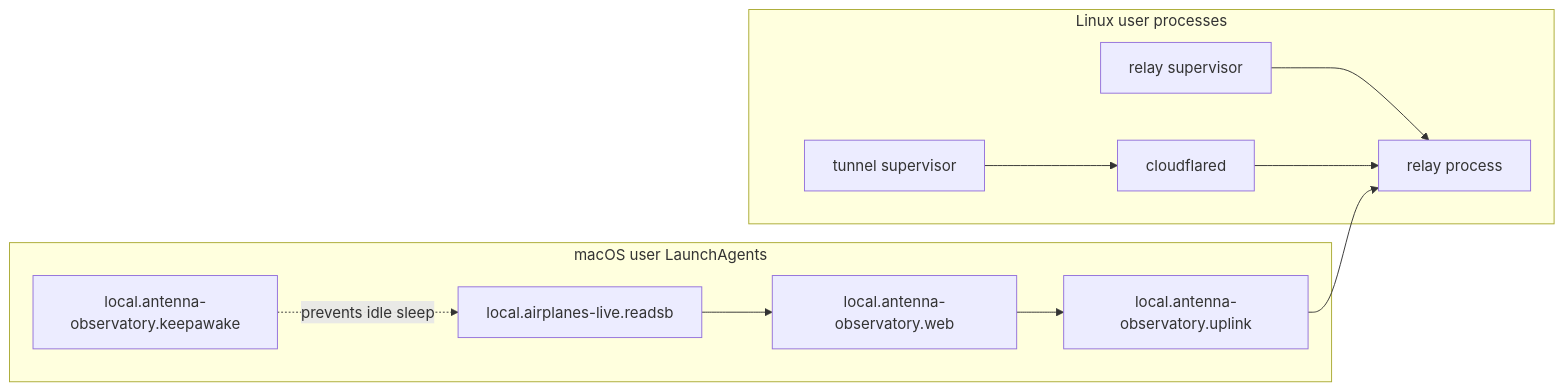
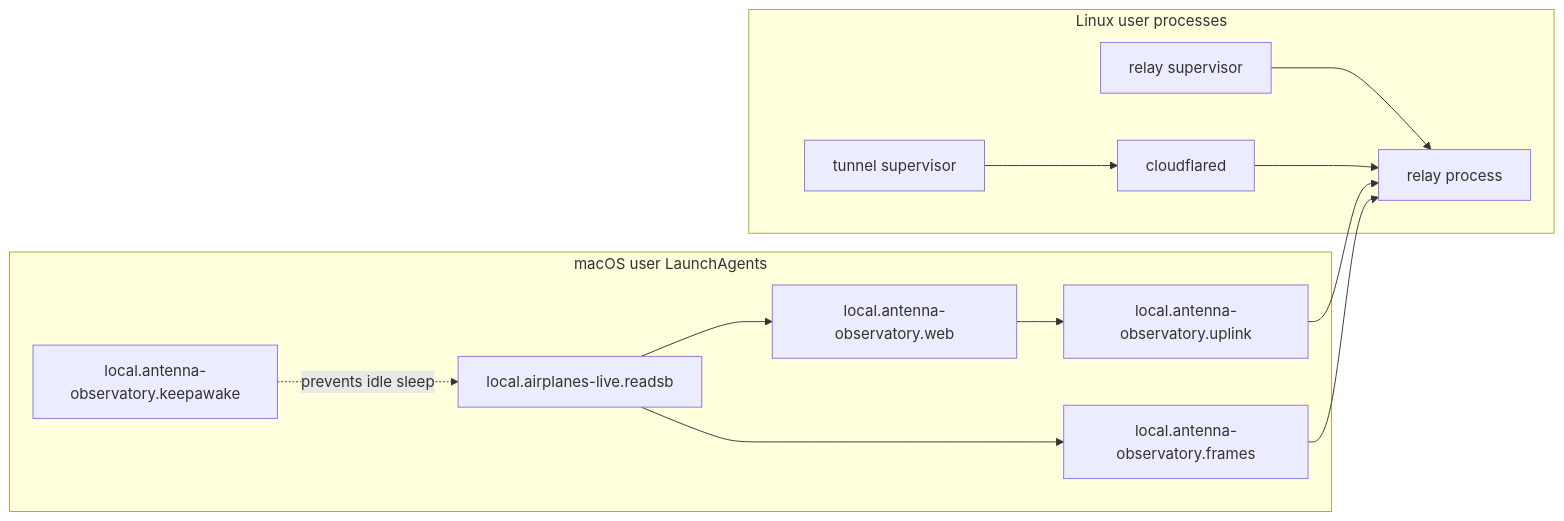
One commit to ramideltoro/antenna_observatory changed the third of 5 diagrams in wiki-site/docs/architecture.md. Above: the diagram before and after it, drawn with Mermaid. The commit also changed other lines of this file and 16 other files, not shown here.

````diff
--- a/wiki-site/docs/architecture.md
+++ b/wiki-site/docs/architecture.md
@@ -54,16 +60,18 @@
 ```mermaid
 flowchart LR
     subgraph launchd[macOS user LaunchAgents]
       R[local.airplanes-live.readsb]
       W[local.antenna-observatory.web]
       U[local.antenna-observatory.uplink]
+      F[local.antenna-observatory.frames]
       K[local.antenna-observatory.keepawake]
     end
     subgraph linux[Linux user processes]
       SR[relay supervisor] --> RP[relay process]
       ST[tunnel supervisor] --> TP[cloudflared]
     end
     R --> W --> U --> RP
+    R --> F --> RP
     K -. prevents idle sleep .-> R
     TP --> RP
 ```
````
